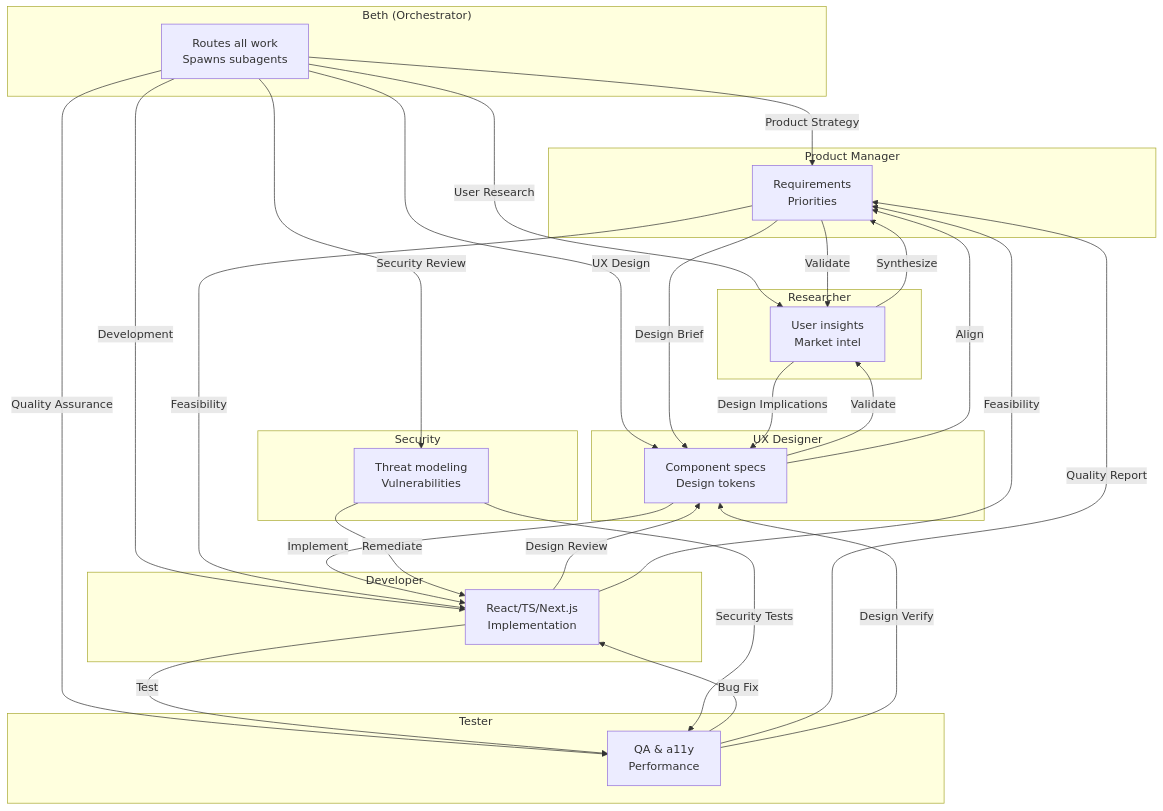
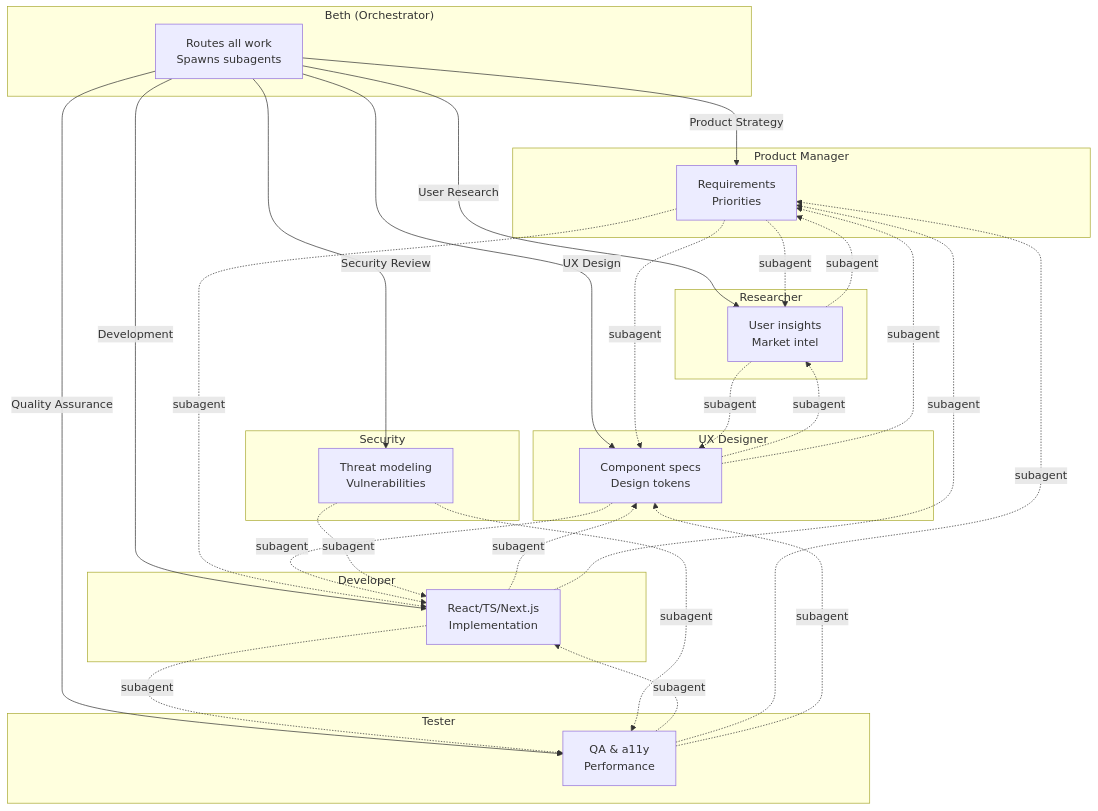
Before and after one commit to shyamsridhar123/ATV-AgentSkillsDemo: the sixth of 10 diagrams in docs/SYSTEM-FLOW.md, drawn with Mermaid. The commit also changed other lines of this file, not shown here.

````diff
--- a/docs/SYSTEM-FLOW.md
+++ b/docs/SYSTEM-FLOW.md
@@ -216,66 +225,66 @@
 ```mermaid
 flowchart TB
     subgraph Beth["Beth (Orchestrator)"]
         BethCore["Routes all work<br/>Spawns subagents"]
     end
 
     subgraph PM["Product Manager"]
         PMCore["Requirements<br/>Priorities"]
     end
 
     subgraph R["Researcher"]
         RCore["User insights<br/>Market intel"]
     end
 
     subgraph UX["UX Designer"]
         UXCore["Component specs<br/>Design tokens"]
     end
 
     subgraph D["Developer"]
         DCore["React/TS/Next.js<br/>Implementation"]
     end
 
     subgraph S["Security"]
         SCore["Threat modeling<br/>Vulnerabilities"]
     end
 
     subgraph T["Tester"]
         TCore["QA & a11y<br/>Performance"]
     end
 
-    %% Beth's handoffs
+    %% Beth delegates to all
     BethCore -->|"Product Strategy"| PMCore
     BethCore -->|"User Research"| RCore
     BethCore -->|"UX Design"| UXCore
     BethCore -->|"Development"| DCore
     BethCore -->|"Security Review"| SCore
     BethCore -->|"Quality Assurance"| TCore
 
-    %% PM handoffs
-    PMCore -->|"Validate"| RCore
-    PMCore -->|"Design Brief"| UXCore
-    PMCore -->|"Feasibility"| DCore
+    %% PM can spawn subagents
+    PMCore -.->|"subagent"| RCore
+    PMCore -.->|"subagent"| UXCore
+    PMCore -.->|"subagent"| DCore
 
-    %% Researcher handoffs
-    RCore -->|"Synthesize"| PMCore
-    RCore -->|"Design Implications"| UXCore
+    %% Researcher can spawn subagents
+    RCore -.->|"subagent"| PMCore
+    RCore -.->|"subagent"| UXCore
 
-    %% UX handoffs
-    UXCore -->|"Implement"| DCore
-    UXCore -->|"Validate"| RCore
-    UXCore -->|"Align"| PMCore
+    %% UX can spawn subagents
+    UXCore -.->|"subagent"| DCore
+    UXCore -.->|"subagent"| RCore
+    UXCore -.->|"subagent"| PMCore
 
-    %% Developer handoffs
-    DCore -->|"Test"| TCore
-    DCore -->|"Design Review"| UXCore
-    DCore -->|"Feasibility"| PMCore
+    %% Developer can spawn subagents
+    DCore -.->|"subagent"| TCore
+    DCore -.->|"subagent"| UXCore
+    DCore -.->|"subagent"| PMCore
 
-    %% Security handoffs
-    SCore -->|"Remediate"| DCore
-    SCore -->|"Security Tests"| TCore
+    %% Security can spawn subagents
+    SCore -.->|"subagent"| DCore
+    SCore -.->|"subagent"| TCore
 
-    %% Tester handoffs
-    TCore -->|"Bug Fix"| DCore
-    TCore -->|"Quality Report"| PMCore
-    TCore -->|"Design Verify"| UXCore
+    %% Tester can spawn subagents
+    TCore -.->|"subagent"| DCore
+    TCore -.->|"subagent"| PMCore
+    TCore -.->|"subagent"| UXCore
 ```
````
